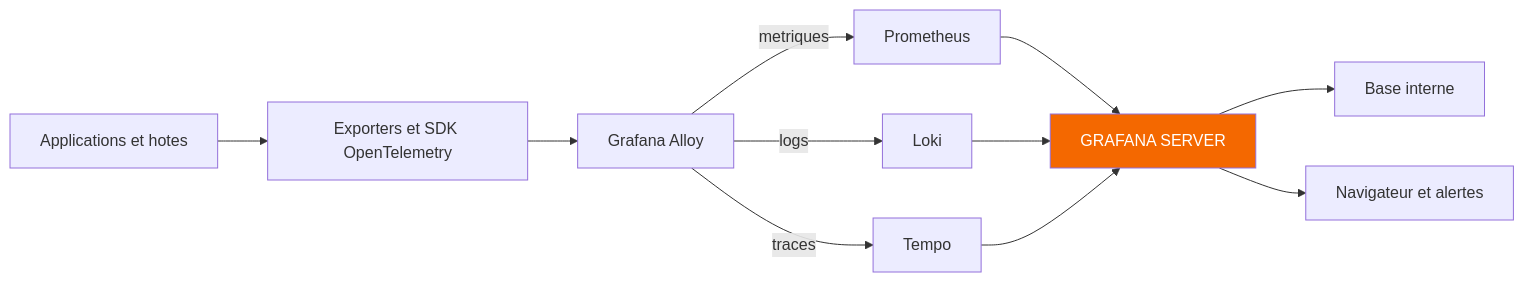
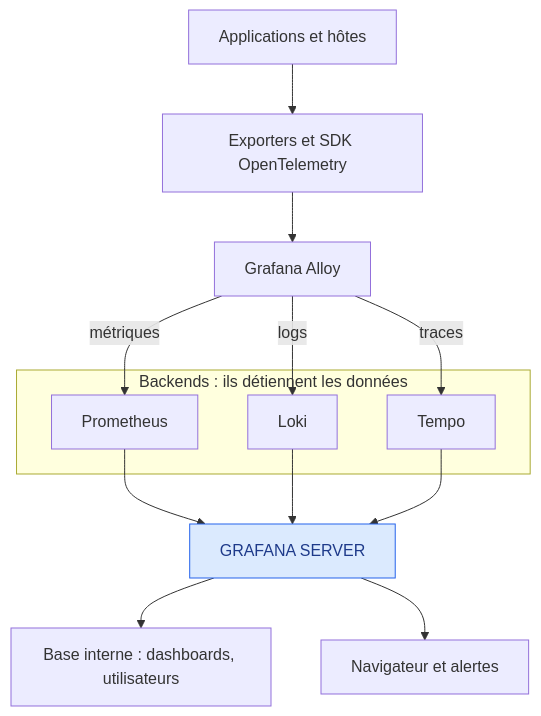
Before and after one commit to Gooseppr/GevOps_LC: the first of 2 diagrams in courses/grafana/02_architecture_ecosysteme.md, drawn with Mermaid. The commit also changed other lines of this file and 56 other files, not shown here.

````diff
--- a/courses/grafana/02_architecture_ecosysteme.md
+++ b/courses/grafana/02_architecture_ecosysteme.md
@@ -134,14 +134,19 @@
 ```mermaid
-flowchart LR
-    A[Applications et hotes] --> B[Exporters et SDK OpenTelemetry]
+flowchart TD
+    A[Applications et hôtes] --> B[Exporters et SDK OpenTelemetry]
     B --> C[Grafana Alloy]
-    C -->|metriques| P[Prometheus]
-    C -->|logs| L[Loki]
-    C -->|traces| T[Tempo]
+    subgraph BACK["Backends : ils détiennent les données"]
+        P[Prometheus]
+        L[Loki]
+        T[Tempo]
+    end
+    C -->|métriques| P
+    C -->|logs| L
+    C -->|traces| T
     P --> G[GRAFANA SERVER]
     L --> G
     T --> G
-    G --> D[Base interne]
+    G --> D[Base interne : dashboards, utilisateurs]
     G --> U[Navigateur et alertes]
-    style G fill:#f46800,color:#fff
+    style G fill:#dbeafe,stroke:#2563eb,color:#1e3a8a
 ```
````
